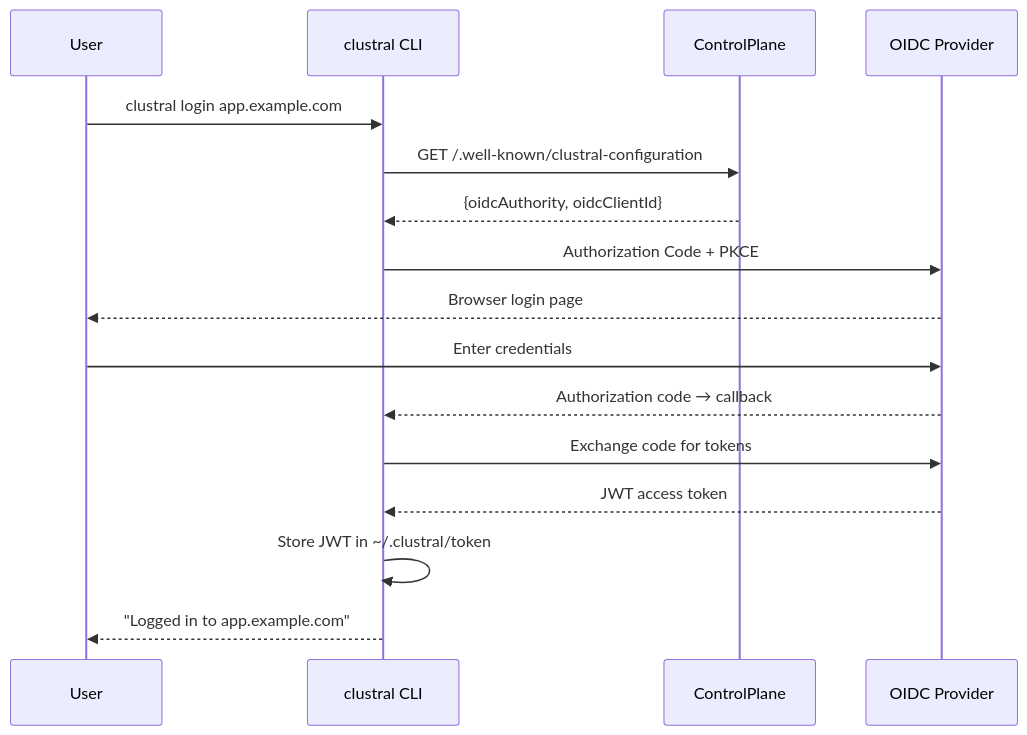
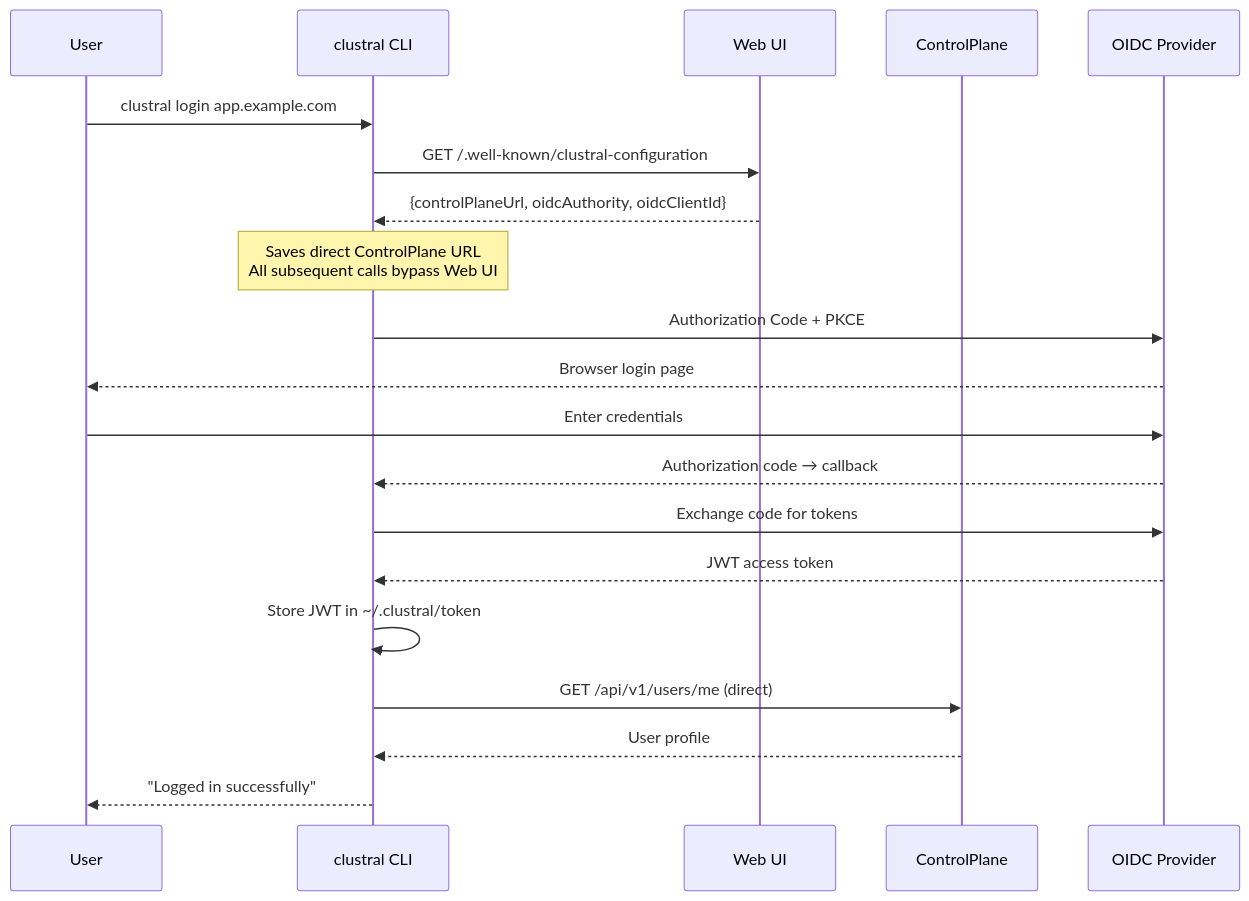
The second of 9 diagrams in README.md (Clustral/clustral), drawn with Mermaid before and after one commit. The commit also changed other lines of this file and 17 other files, not shown here.

First line of the commit message:
feat: nginx as unified gateway, CLI discovers ControlPlane directly

````diff
--- a/README.md
+++ b/README.md
@@ -61,19 +62,23 @@
 ```mermaid
 sequenceDiagram
     participant User
     participant CLI as clustral CLI
+    participant WEB as Web UI
     participant CP as ControlPlane
     participant OIDC as OIDC Provider
 
     User->>CLI: clustral login app.example.com
-    CLI->>CP: GET /.well-known/clustral-configuration
-    CP-->>CLI: {oidcAuthority, oidcClientId}
+    CLI->>WEB: GET /.well-known/clustral-configuration
+    WEB-->>CLI: {controlPlaneUrl, oidcAuthority, oidcClientId}
+    Note over CLI: Saves direct ControlPlane URL<br/>All subsequent calls bypass Web UI
     CLI->>OIDC: Authorization Code + PKCE
     OIDC-->>User: Browser login page
     User->>OIDC: Enter credentials
     OIDC-->>CLI: Authorization code → callback
     CLI->>OIDC: Exchange code for tokens
     OIDC-->>CLI: JWT access token
     CLI->>CLI: Store JWT in ~/.clustral/token
-    CLI-->>User: "Logged in to app.example.com"
+    CLI->>CP: GET /api/v1/users/me (direct)
+    CP-->>CLI: User profile
+    CLI-->>User: "Logged in successfully"
 ```
````
